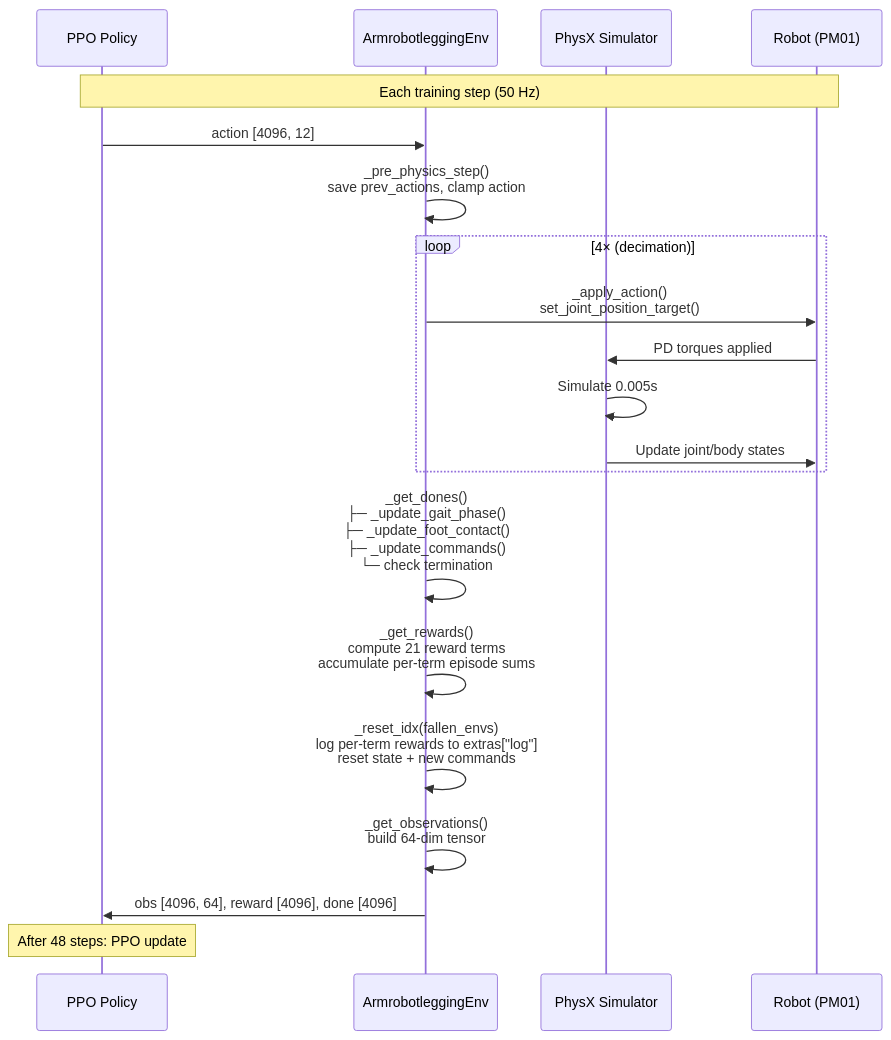
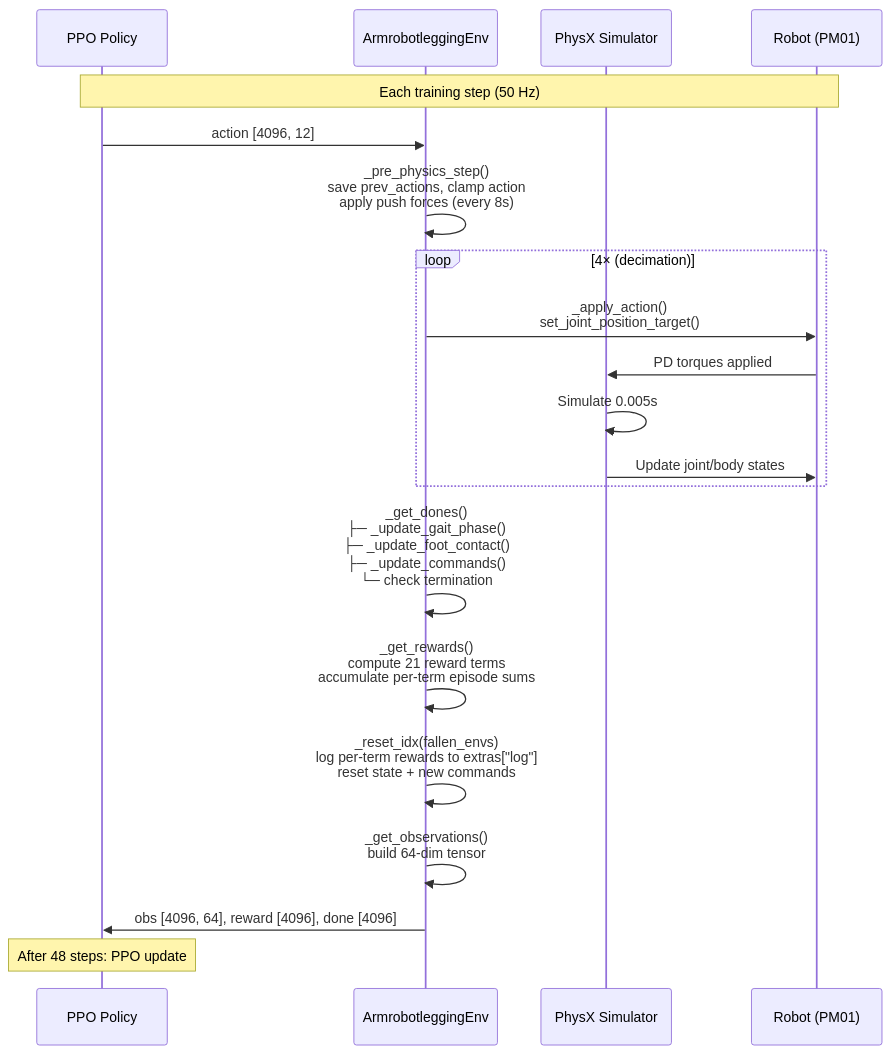
Before and after one commit to armmarov/armrobot: the eighth of 8 diagrams in docs/TRAINING_FLOW.md, drawn with Mermaid. The commit also changed 4 other files, not shown here.

````diff
--- a/docs/TRAINING_FLOW.md
+++ b/docs/TRAINING_FLOW.md
@@ -278,31 +278,31 @@
 ```mermaid
 sequenceDiagram
     participant P as PPO Policy
     participant E as ArmrobotleggingEnv
     participant S as PhysX Simulator
     participant R as Robot (PM01)
 
     Note over P,R: Each training step (50 Hz)
 
     P->>E: action [4096, 12]
-    E->>E: _pre_physics_step()<br/>save prev_actions, clamp action
+    E->>E: _pre_physics_step()<br/>save prev_actions, clamp action<br/>apply push forces (every 8s)
 
     loop 4× (decimation)
         E->>R: _apply_action()<br/>set_joint_position_target()
         R->>S: PD torques applied
         S->>S: Simulate 0.005s
         S->>R: Update joint/body states
     end
 
     E->>E: _get_dones()<br/>├─ _update_gait_phase()<br/>├─ _update_foot_contact()<br/>├─ _update_commands()<br/>└─ check termination
 
     E->>E: _get_rewards()<br/>compute 21 reward terms<br/>accumulate per-term episode sums
 
     E->>E: _reset_idx(fallen_envs)<br/>log per-term rewards to extras["log"]<br/>reset state + new commands
 
     E->>E: _get_observations()<br/>build 64-dim tensor
 
     E->>P: obs [4096, 64], reward [4096], done [4096]
 
     Note over P: After 48 steps: PPO update
 ```
````
